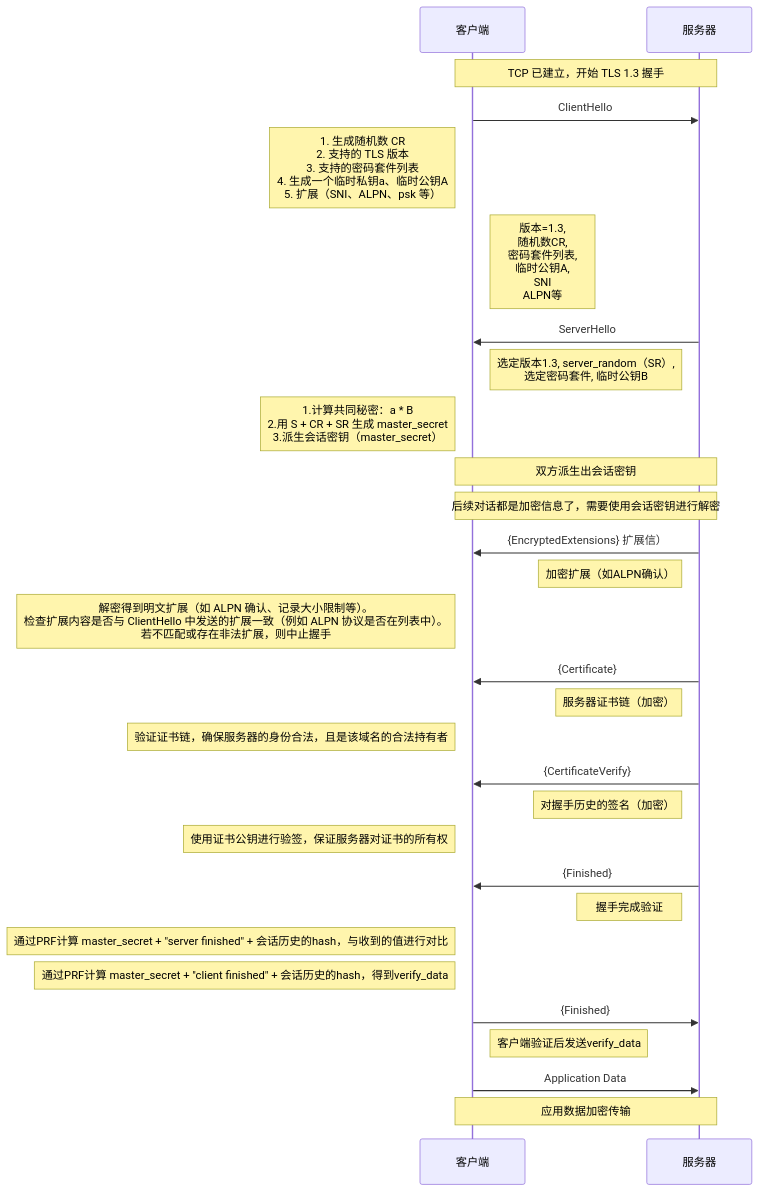
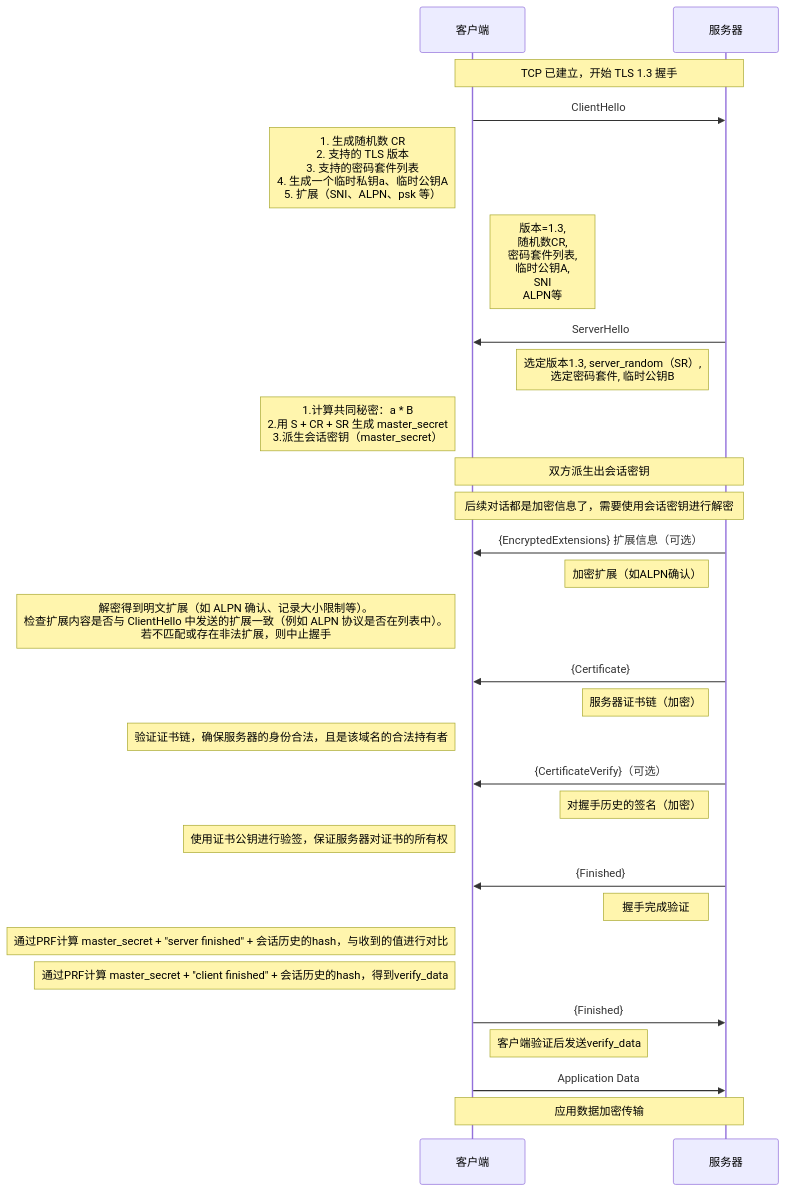
Before and after one commit to HY-10-8/iodraw-files: the diagram in all/TLS-1.3-通用.md, drawn with Mermaid.

Commit message:
2026-03-31 09:14:09 update

````diff
--- a/all/TLS-1.3-通用.md
+++ b/all/TLS-1.3-通用.md
@@ -1,41 +1,41 @@
 ```mermaid
 sequenceDiagram
     participant C as 客户端
     participant S as 服务器
 
     Note over C,S: TCP 已建立，开始 TLS 1.3 握手
 
     C->>S: ClientHello
     Note left of C: 1. 生成随机数 CR<br/> 2. 支持的 TLS 版本<br/> 3. 支持的密码套件列表<br/> 4. 生成一个临时私钥a、临时公钥A<br/> 5. 扩展（SNI、ALPN、psk 等）
     Note right of C: 版本=1.3,<br/> 随机数CR,<br/> 密码套件列表,<br/> 临时公钥A,<br/> SNI<br/> ALPN等
 
     S->>C: ServerHello
     Note left of S: 选定版本1.3, server_random（SR）,<br/> 选定密码套件, 临时公钥B
     Note left of C: 1.计算共同秘密：a * B<br/> 2.用 S + CR + SR 生成 master_secret<br/> 3.派生会话密钥（master_secret）
 
     Note over C,S: 双方派生出会话密钥
     Note over C,S: 后续对话都是加密信息了，需要使用会话密钥进行解密
 
-    S->>C: {EncryptedExtensions} 扩展信）
+    S->>C: {EncryptedExtensions} 扩展信息（可选）
     Note left of S: 加密扩展（如ALPN确认）
     Note left of C: 解密得到明文扩展（如 ALPN 确认、记录大小限制等）。<br/>检查扩展内容是否与 ClientHello 中发送的扩展一致（例如 ALPN 协议是否在列表中）。<br/> 若不匹配或存在非法扩展，则中止握手
 
     S->>C: {Certificate}
     Note left of S: 服务器证书链（加密）
     Note left of C: 验证证书链，确保服务器的身份合法，且是该域名的合法持有者
 
-    S->>C: {CertificateVerify}
+    S->>C: {CertificateVerify}（可选）
     Note left of S: 对握手历史的签名（加密）
     Note left of C: 使用证书公钥进行验签，保证服务器对证书的所有权
 
     S->>C: {Finished}
     Note left of S: 握手完成验证
     Note left of C: 通过PRF计算 master_secret + "server finished" + 会话历史的hash，与收到的值进行对比
     Note left of C: 通过PRF计算 master_secret + "client finished" + 会话历史的hash，得到verify_data
 
     C->>S: {Finished}
     Note right of C: 客户端验证后发送verify_data
 
     C->>S: Application Data
     Note over C,S: 应用数据加密传输
 ```
````
